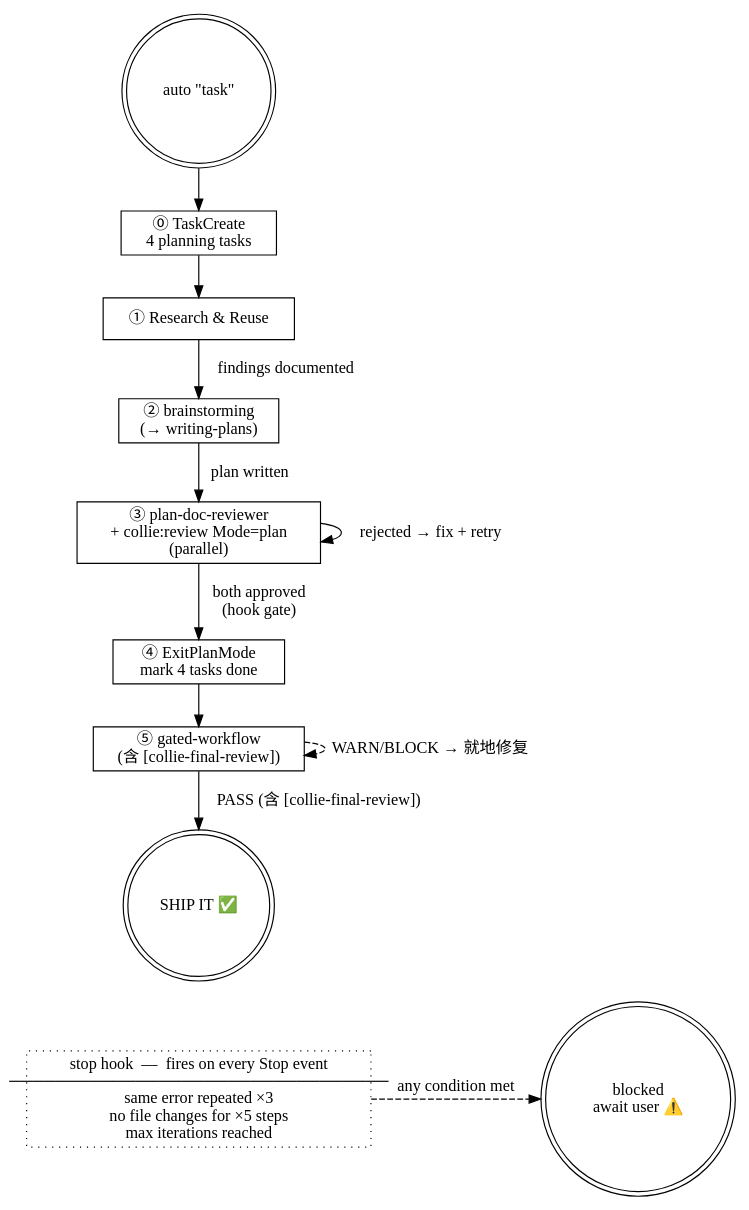
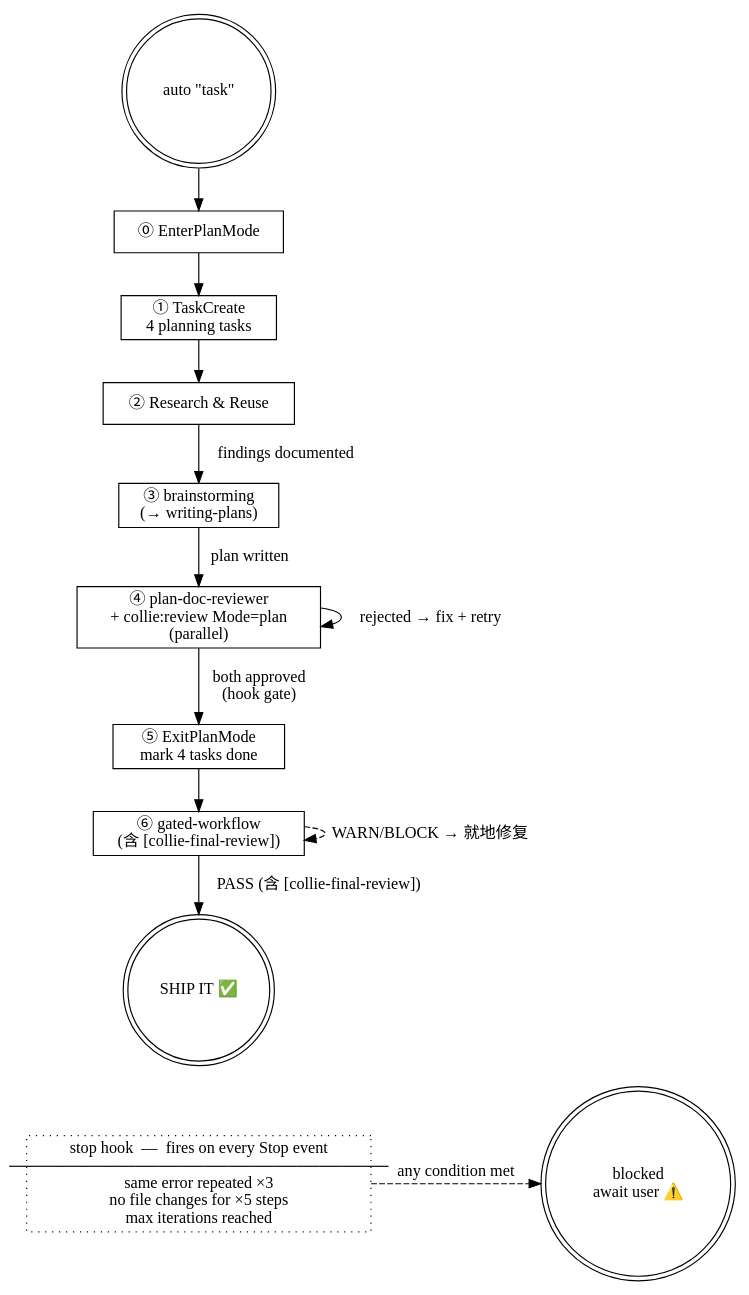
One commit to lkv1988/collie-harness changed the diagram in commands/auto.md. Above: the diagram before and after it, drawn with Graphviz. The commit also changed other lines of this file, not shown here.

First line of the commit message:
feat: /collie-harness:auto 显式 EnterPlanMode 作为 Step ⓪

````diff
--- a/commands/auto.md
+++ b/commands/auto.md
@@ -52,31 +53,33 @@
 ```dot
 digraph collie_auto {
     START [shape=doublecircle, label="auto \"task\""];
     SHIP  [shape=doublecircle, label="SHIP IT ✅"];
     ESC   [shape=doublecircle, label="blocked\nawait user ⚠️"];
 
-    TASK   [shape=box, label="⓪ TaskCreate\n4 planning tasks"];
-    RR     [shape=box, label="① Research & Reuse"];
-    BRAIN  [shape=box, label="② brainstorming\n(→ writing-plans)"];
-    REVIEW [shape=box, label="③ plan-doc-reviewer\n+ collie:review Mode=plan\n(parallel)"];
-    EXIT   [shape=box, label="④ ExitPlanMode\nmark 4 tasks done"];
-    IMPL   [shape=box, label="⑤ gated-workflow\n(含 [collie-final-review])"];
+    ENTER  [shape=box, label="⓪ EnterPlanMode"];
+    TASK   [shape=box, label="① TaskCreate\n4 planning tasks"];
+    RR     [shape=box, label="② Research & Reuse"];
+    BRAIN  [shape=box, label="③ brainstorming\n(→ writing-plans)"];
+    REVIEW [shape=box, label="④ plan-doc-reviewer\n+ collie:review Mode=plan\n(parallel)"];
+    EXIT   [shape=box, label="⑤ ExitPlanMode\nmark 4 tasks done"];
+    IMPL   [shape=box, label="⑥ gated-workflow\n(含 [collie-final-review])"];
 
     MONITOR [shape=box, style=dotted,
              label="stop hook  —  fires on every Stop event\n─────────────────────────────────\nsame error repeated ×3\nno file changes for ×5 steps\nmax iterations reached"];
 
-    START  -> TASK;
+    START  -> ENTER;
+    ENTER  -> TASK;
     TASK   -> RR;
     RR     -> BRAIN  [label="findings documented"];
     BRAIN  -> REVIEW [label="plan written"];
     REVIEW -> EXIT   [label="both approved\n(hook gate)"];
     REVIEW -> REVIEW [label="rejected → fix + retry"];
     EXIT   -> IMPL;
     IMPL   -> SHIP   [label="PASS (含 [collie-final-review])"];
     IMPL   -> IMPL   [label="WARN/BLOCK → 就地修复", style=dashed];
 
     MONITOR -> ESC [label="any condition met", style=dashed];
 
     { rank=sink; MONITOR; ESC; }
 }
 ```
````
